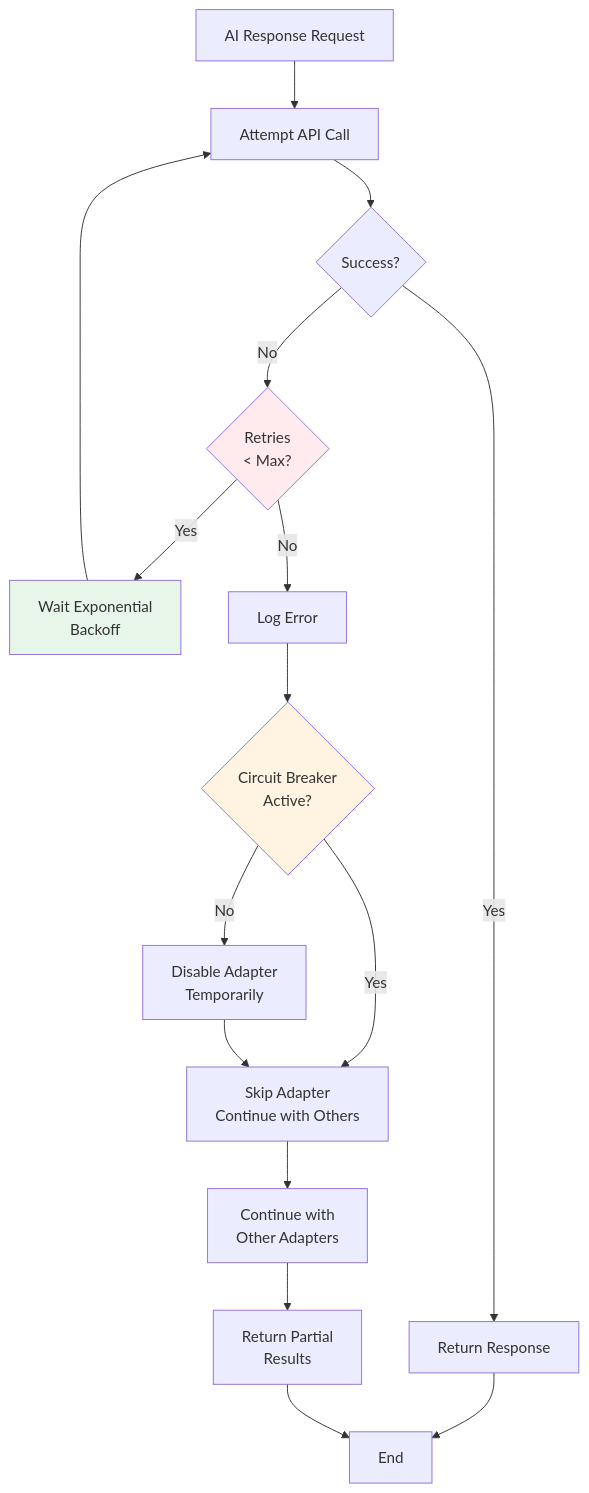
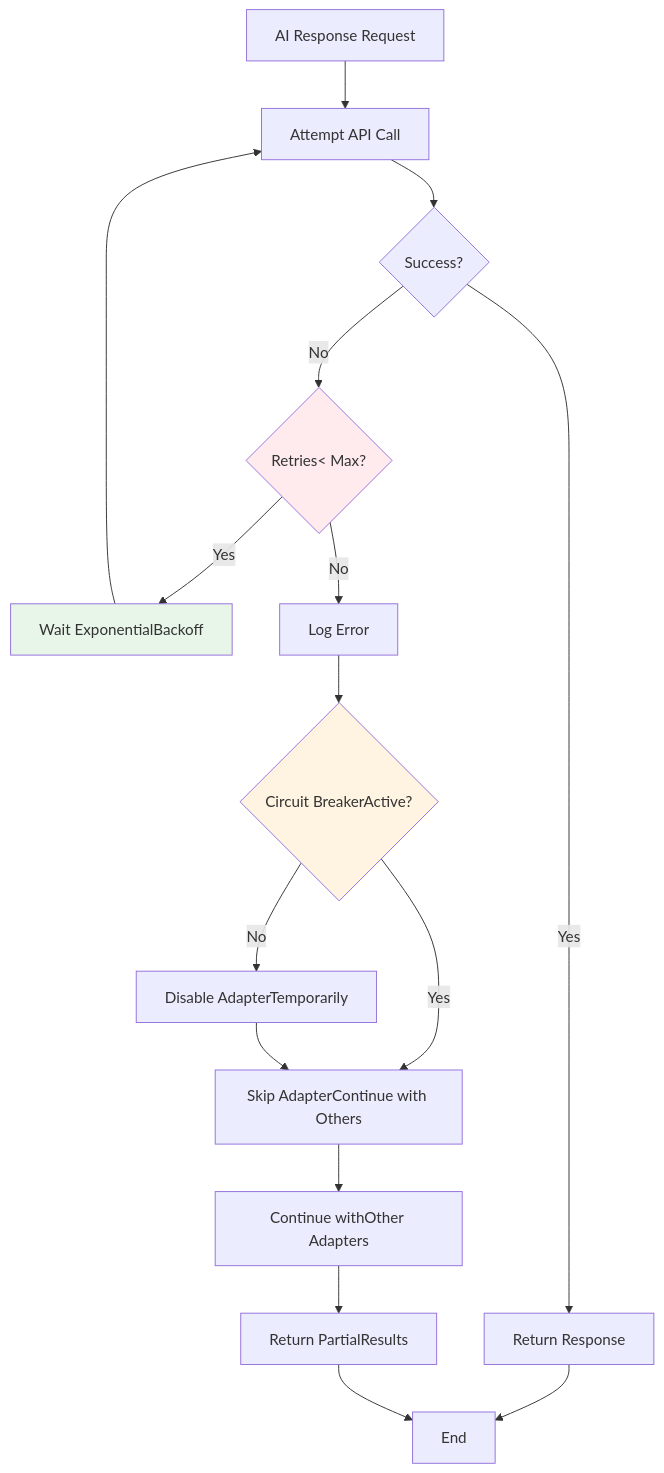
Before and after one commit to jak-pan/super-brainstorm-bot: diagram 12 of 16 in ARCHITECTURE.md, drawn with Mermaid. The commit also changed other lines of this file, not shown here.

Commit message:
Fix: Remove HTML br tags from Mermaid diagrams for GitHub compatibility

````diff
--- a/ARCHITECTURE.md
+++ b/ARCHITECTURE.md
@@ -1054,28 +1054,28 @@
 ```mermaid
 flowchart TD
     Start[AI Response Request] --> Attempt[Attempt API Call]
     Attempt --> Success{Success?}
     
     Success -->|Yes| ReturnResponse[Return Response]
     
-    Success -->|No| CheckRetries{Retries<br/>< Max?}
-    CheckRetries -->|Yes| WaitBackoff[Wait Exponential<br/>Backoff]
+    Success -->|No| CheckRetries{Retries< Max?}
+    CheckRetries -->|Yes| WaitBackoff[Wait ExponentialBackoff]
     WaitBackoff --> Attempt
     
     CheckRetries -->|No| LogError[Log Error]
-    LogError --> CheckCircuit{Circuit Breaker<br/>Active?}
+    LogError --> CheckCircuit{Circuit BreakerActive?}
     
-    CheckCircuit -->|No| DisableAdapter[Disable Adapter<br/>Temporarily]
-    CheckCircuit -->|Yes| SkipAdapter[Skip Adapter<br/>Continue with Others]
+    CheckCircuit -->|No| DisableAdapter[Disable AdapterTemporarily]
+    CheckCircuit -->|Yes| SkipAdapter[Skip AdapterContinue with Others]
     
     DisableAdapter --> SkipAdapter
-    SkipAdapter --> ContinueOthers[Continue with<br/>Other Adapters]
-    ContinueOthers --> ReturnPartial[Return Partial<br/>Results]
+    SkipAdapter --> ContinueOthers[Continue withOther Adapters]
+    ContinueOthers --> ReturnPartial[Return PartialResults]
     
     ReturnResponse --> End[End]
     ReturnPartial --> End
     
     style CheckRetries fill:#ffebee
     style CheckCircuit fill:#fff4e1
     style WaitBackoff fill:#e8f5e9
 ```
````
